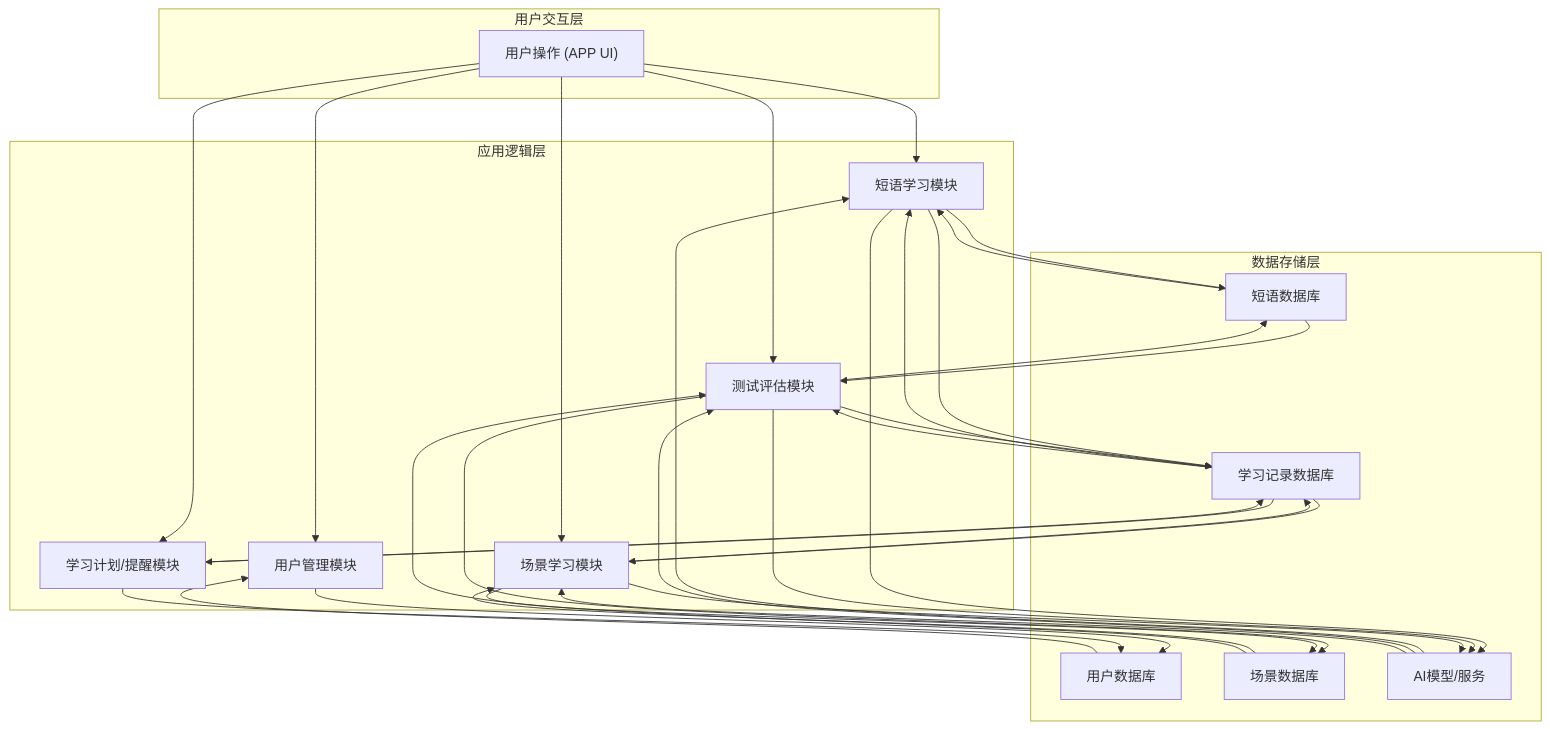
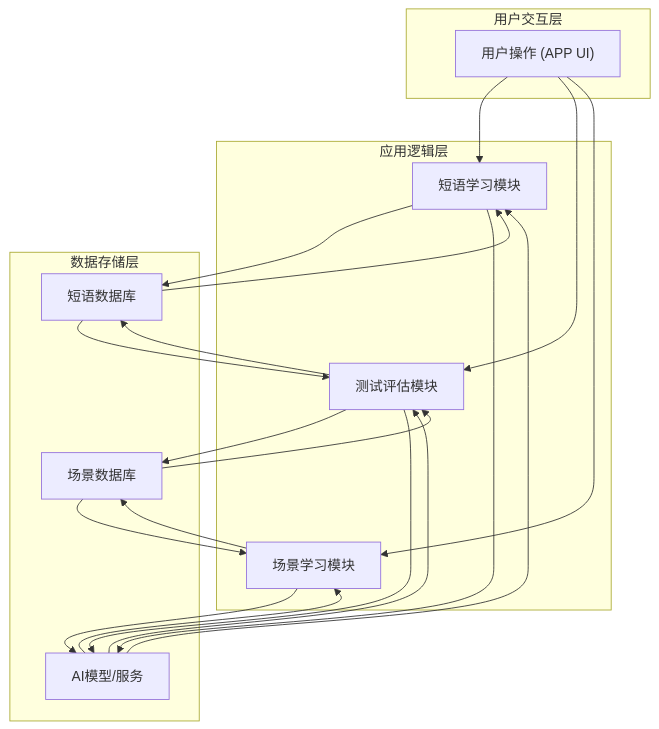
The fourth of 4 diagrams in demands/v2/需求文档_全量.md (d342784178/kouyu), drawn with Mermaid before and after one commit. The commit also changed other lines of this file and 13 other files, not shown here.

````diff
--- a/demands/v2/需求文档_全量.md
+++ b/demands/v2/需求文档_全量.md
@@ -345,57 +322,40 @@
 ```mermaid
 graph TD
     subgraph "用户交互层"
         A["用户操作 (APP UI)"]
     end
 
     subgraph "应用逻辑层"
-        B["用户管理模块"]
         C["短语学习模块"]
         D["测试评估模块"]
         H["场景学习模块"]
-        F["学习计划/提醒模块"]
     end
 
     subgraph "数据存储层"
-        G["用户数据库"]
         I["短语数据库"]
-        J["学习记录数据库"]
         K["场景数据库"]
         L["AI模型/服务"]
     end
 
-    A --> B
     A --> C
     A --> D
     A --> H
-    A --> F
 
-    B --> G
     C --> I
-    C --> J
     D --> I
-    D --> J
     D --> K
     H --> K
-    H --> J
-    F --> J
-    F --> G
 
     C --> L
     D --> L
     H --> L
 
     L --> C
     L --> D
     L --> H
 
-    G --> B
     I --> C
     I --> D
-    J --> C
-    J --> D
-    J --> H
-    J --> F
     K --> H
     K --> D
 ```
````
